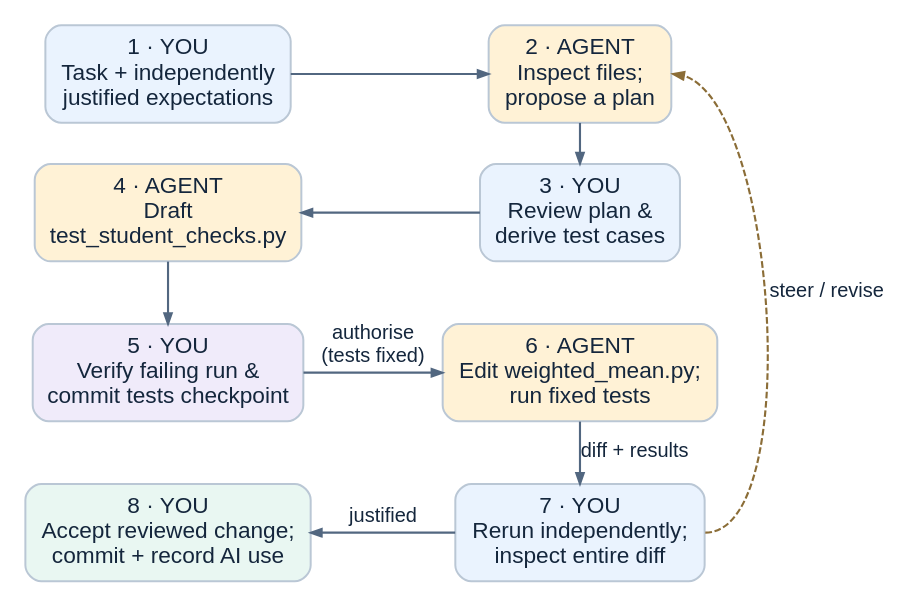
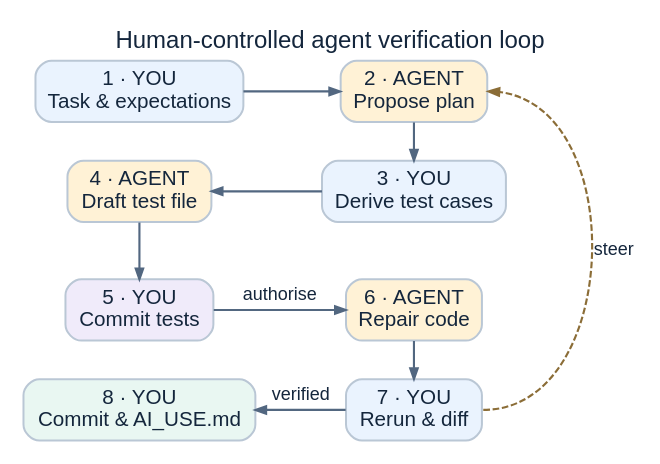
The diagram in book/diagrams/agent-review-loop.dot (xangma/jupyter_data_languages), drawn with Graphviz before and after one commit. The commit also changed 20 other files, not shown here.

Commit message:
Trim all remaining Primer, Session 1, Session 3, and Signal diagrams

```diff
--- a/book/diagrams/agent-review-loop.dot
+++ b/book/diagrams/agent-review-loop.dot
@@ -1,46 +1,43 @@
 // SPDX-License-Identifier: MIT
 digraph agent_review_loop {
-  graph [bgcolor="white", fontname="Arial", fontsize=20, fontcolor="#14263C",
-         rankdir=TB, newrank=true, nodesep=0.36, ranksep=0.42, pad=0.16];
-  node [shape=box, style="rounded,filled", fontname="Arial", fontsize=17,
+  graph [bgcolor="white", fontname="Arial", fontsize=18, fontcolor="#14263C",
+         label="Human-controlled agent verification loop", labelloc=t,
+         rankdir=TB, newrank=true, nodesep=0.34, ranksep=0.38, pad=0.14];
+  node [shape=box, style="rounded,filled", fontname="Arial", fontsize=15.5,
         fontcolor="#14263C", color="#BAC7D5", penwidth=1.5,
-        margin="0.15,0.11"];
-  edge [fontname="Arial", fontsize=15, fontcolor="#14263C", color="#526780",
+        margin="0.14,0.09"];
+  edge [fontname="Arial", fontsize=13.5, fontcolor="#14263C", color="#526780",
         penwidth=1.6, arrowsize=0.8];
 
-  // Boustrophedon (2-column, 4-rank) flow keeps width compact and text large.
-  question [label="1 · YOU\nTask + independently\njustified expectations", fillcolor="#EAF3FE"];
-  plan [label="2 · AGENT\nInspect files;\npropose a plan", fillcolor="#FFF2D6"];
+  question [label="1 · YOU\nTask & expectations", fillcolor="#EAF3FE"];
+  plan [label="2 · AGENT\nPropose plan", fillcolor="#FFF2D6"];
 
-  scope [label="3 · YOU\nReview plan &\nderive test cases", fillcolor="#EAF3FE"];
-  draft_tests [label="4 · AGENT\nDraft\ntest_student_checks.py", fillcolor="#FFF2D6"];
+  scope [label="3 · YOU\nDerive test cases", fillcolor="#EAF3FE"];
+  draft_tests [label="4 · AGENT\nDraft test file", fillcolor="#FFF2D6"];
 
-  checkpoint [label="5 · YOU\nVerify failing run &\ncommit tests checkpoint", fillcolor="#F0EBFA"];
-  repair [label="6 · AGENT\nEdit weighted_mean.py;\nrun fixed tests", fillcolor="#FFF2D6"];
+  checkpoint [label="5 · YOU\nCommit tests", fillcolor="#F0EBFA"];
+  repair [label="6 · AGENT\nRepair code", fillcolor="#FFF2D6"];
 
-  review [label="7 · YOU\nRerun independently;\ninspect entire diff", fillcolor="#EAF3FE"];
-  accept [label="8 · YOU\nAccept reviewed change;\ncommit + record AI use", fillcolor="#E9F7F2"];
+  review [label="7 · YOU\nRerun & diff", fillcolor="#EAF3FE"];
+  accept [label="8 · YOU\nCommit & AI_USE.md", fillcolor="#E9F7F2"];
 
-  // Vertical spine weights keep left and right columns neatly aligned
   question -> draft_tests [style=invis, weight=20];
   draft_tests -> checkpoint [weight=20];
   checkpoint -> accept [style=invis, weight=20];
 
   plan -> scope [weight=20];
   scope -> repair [style=invis, weight=20];
-  repair -> review [label="diff + results", weight=20];
+  repair -> review [weight=20];
 
-  // Horizontal transitions within each rank
   question -> plan [constraint=false];
   scope -> draft_tests [constraint=false];
-  checkpoint -> repair [label="authorise\n(tests fixed)", constraint=false];
-  review -> accept [label="justified", constraint=false];
+  checkpoint -> repair [label="authorise", constraint=false];
+  review -> accept [label="verified", constraint=false];
 
-  // Outer right-margin feedback loop
-  review:e -> plan:e [label=" steer / revise", constraint=false, color="#8B6D37", style=dashed];
+  review:e -> plan:e [label=" steer", constraint=false, color="#8B6D37", style=dashed];
 
   {rank=same; question; plan;}
   {rank=same; draft_tests; scope;}
   {rank=same; checkpoint; repair;}
   {rank=same; accept; review;}
 }
```
